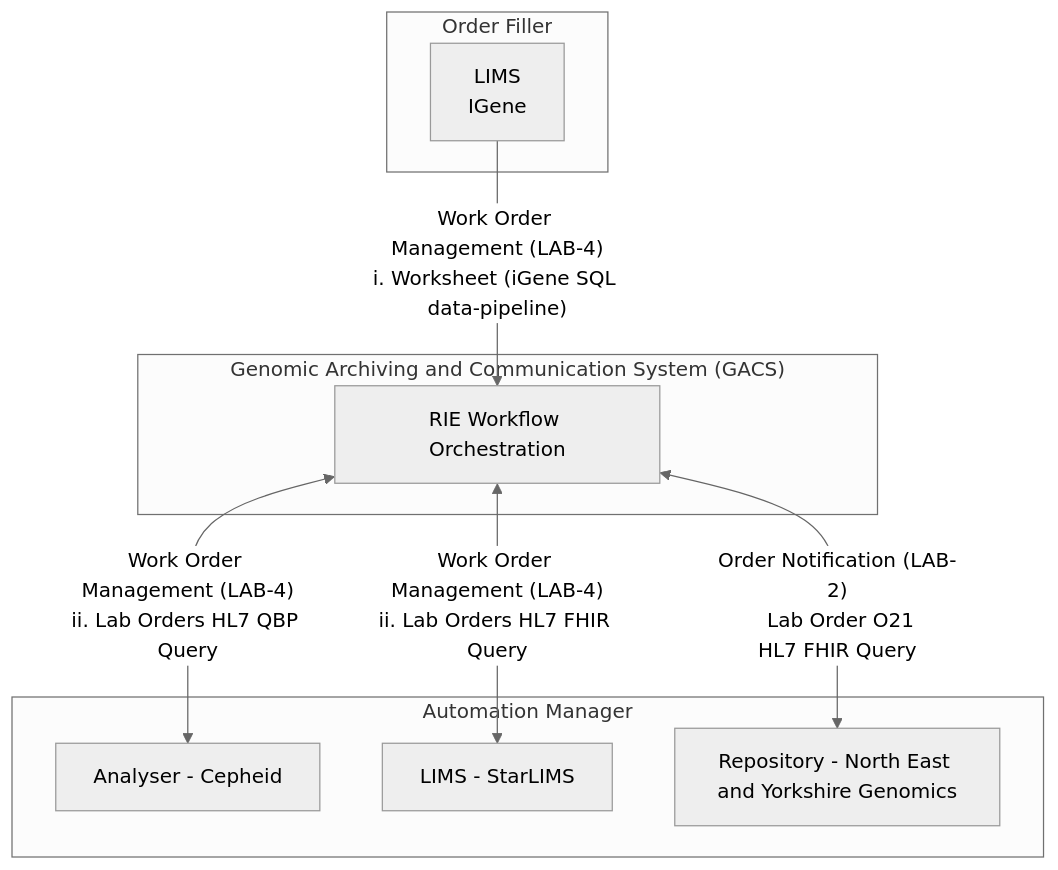
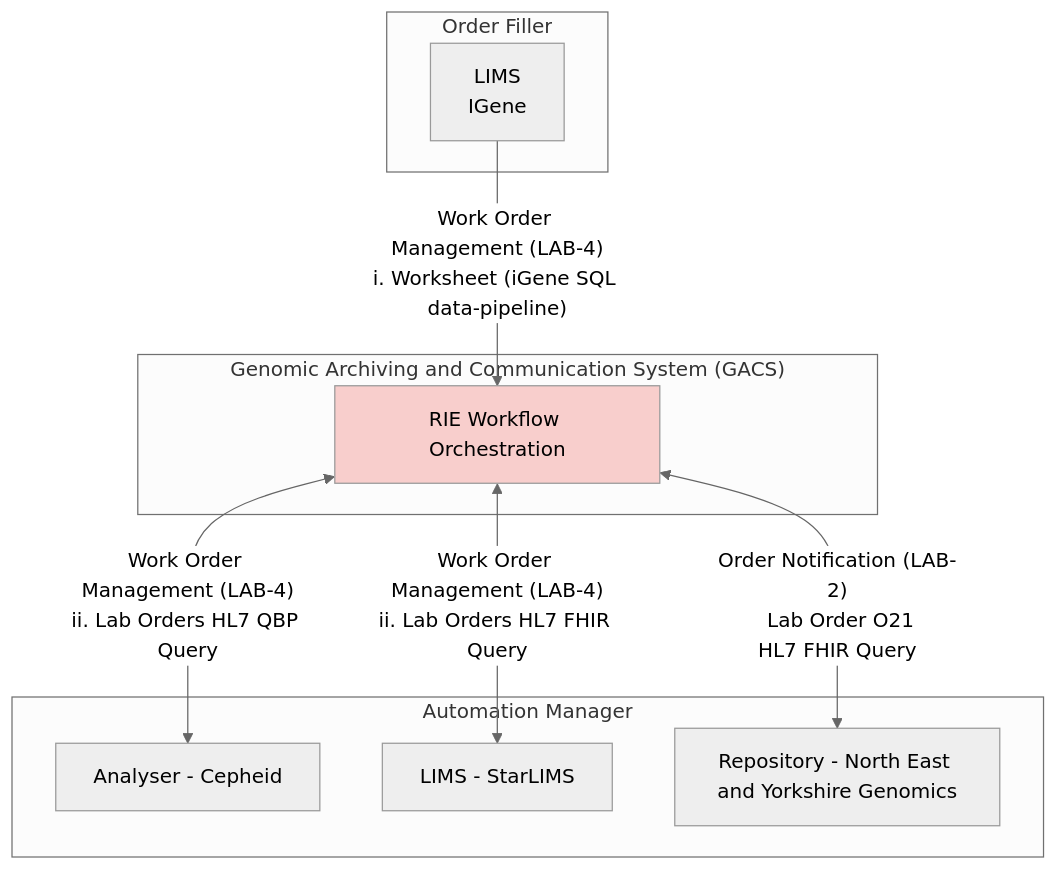
One commit to nw-gmsa/nw-gmsa.github.com changed the third of 4 diagrams in input/pagecontent/LTW.md. Above: the diagram before and after it, drawn with Mermaid (neutral theme).

````diff
--- a/input/pagecontent/LTW.md
+++ b/input/pagecontent/LTW.md
@@ -317,30 +317,30 @@
 ```mermaid
 graph TD
 
 
 subgraph GenomicLIMS["Order Filler"];
     iGene[LIMS<br/>IGene]
 end
 
 subgraph HIE["Genomic Archiving and Communication System (GACS)"];
     RIE4["RIE Workflow Orchestration"]
 end
 
 
 subgraph Analyser["Automation Manager"];
     Cepheid[Analyser - Cepheid]
     StarLIMS[LIMS - StarLIMS]
     NEY["Repository - North East and Yorkshire Genomics"]
 end
 
 iGene --> |"Work Order Management (LAB-4)<br/>i. Worksheet (iGene SQL data-pipeline)"| RIE4
 RIE4 <--> |"Work Order Management (LAB-4)<br/>ii. Lab Orders HL7 QBP Query"| Cepheid
 RIE4 <--> |"Work Order Management (LAB-4)<br/>ii. Lab Orders HL7 FHIR Query"| StarLIMS
 RIE4 <--> |"Order Notification (LAB-2)<br/> Lab Order O21<br/>HL7 FHIR Query"| NEY 
 
 
 classDef purple fill:#E1D5E7;
 classDef pink fill:#F8CECC;
 
-class GDR,RIE,VCFFHIR pink;
+class GDR,RIE4,VCFFHIR pink;
 ```
````
